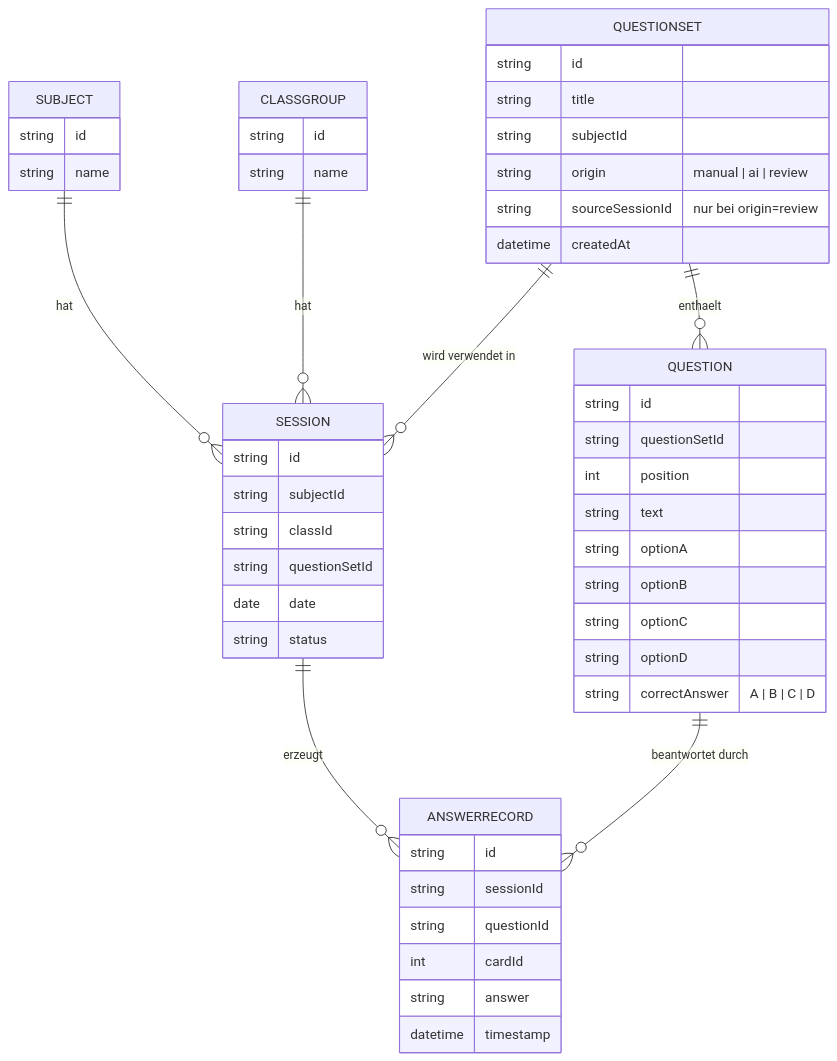
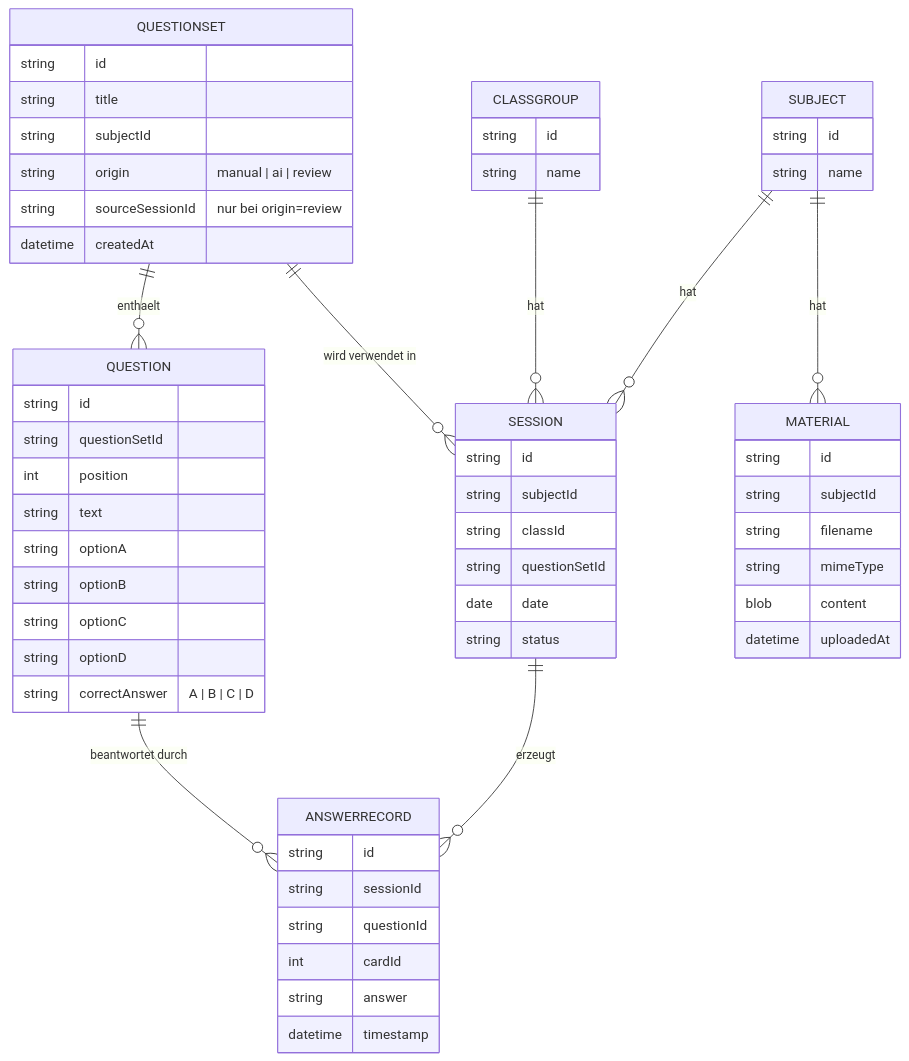
Before and after one commit to cndrbrbr/NoNameQuiz: the first of 2 diagrams in architecture.md, drawn with Mermaid. The commit also changed other lines of this file and 6 other files, not shown here.

````diff
--- a/architecture.md
+++ b/architecture.md
@@ -121,53 +122,62 @@
 ```mermaid
 erDiagram
     SUBJECT ||--o{ SESSION : "hat"
     CLASSGROUP ||--o{ SESSION : "hat"
     QUESTIONSET ||--o{ QUESTION : "enthaelt"
     QUESTIONSET ||--o{ SESSION : "wird verwendet in"
     SESSION ||--o{ ANSWERRECORD : "erzeugt"
     QUESTION ||--o{ ANSWERRECORD : "beantwortet durch"
+    SUBJECT ||--o{ MATERIAL : "hat"
 
     SUBJECT {
         string id
         string name
+    }
+    MATERIAL {
+        string id
+        string subjectId
+        string filename
+        string mimeType
+        blob content
+        datetime uploadedAt
     }
     CLASSGROUP {
         string id
         string name
     }
     QUESTIONSET {
         string id
         string title
         string subjectId
         string origin "manual | ai | review"
         string sourceSessionId "nur bei origin=review"
         datetime createdAt
     }
     QUESTION {
         string id
         string questionSetId
         int position
         string text
         string optionA
         string optionB
         string optionC
         string optionD
         string correctAnswer "A | B | C | D"
     }
     SESSION {
         string id
         string subjectId
         string classId
         string questionSetId
         date date
         string status
     }
     ANSWERRECORD {
         string id
         string sessionId
         string questionId
         int cardId
         string answer
         datetime timestamp
     }
 ```
````
